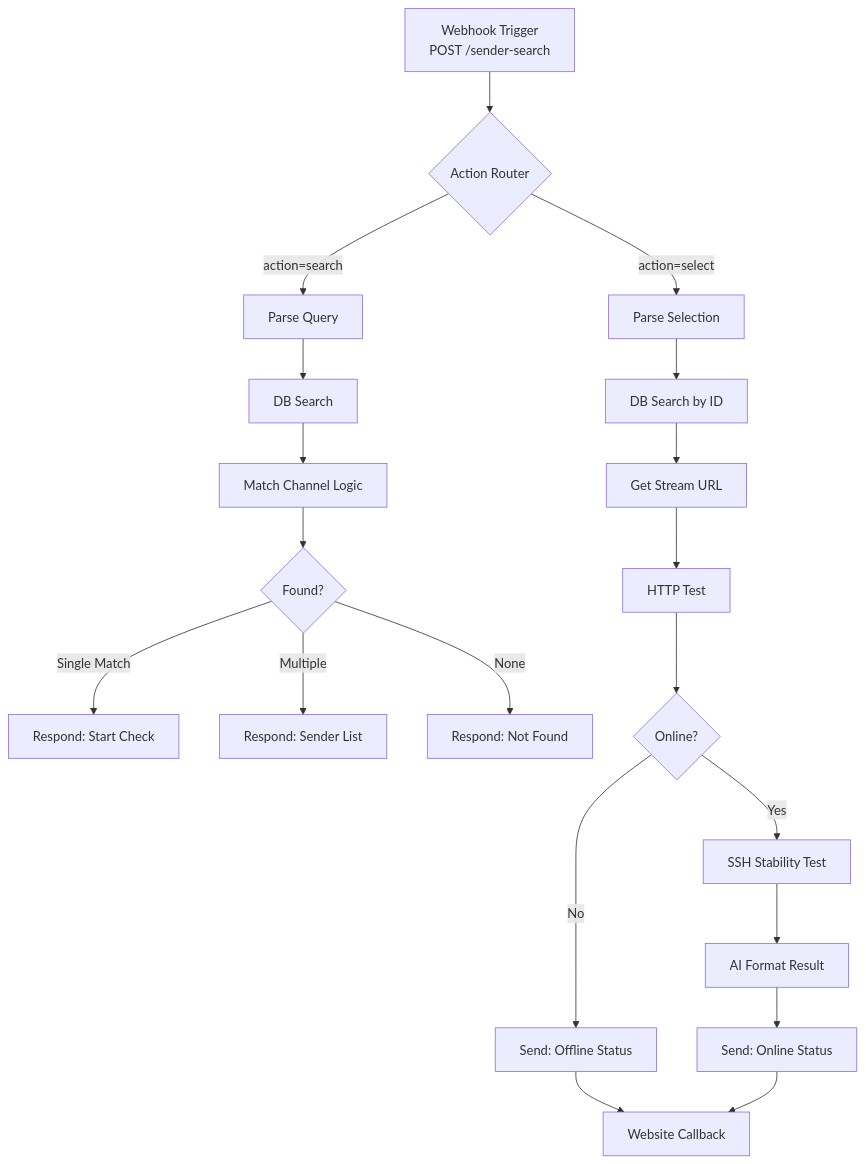
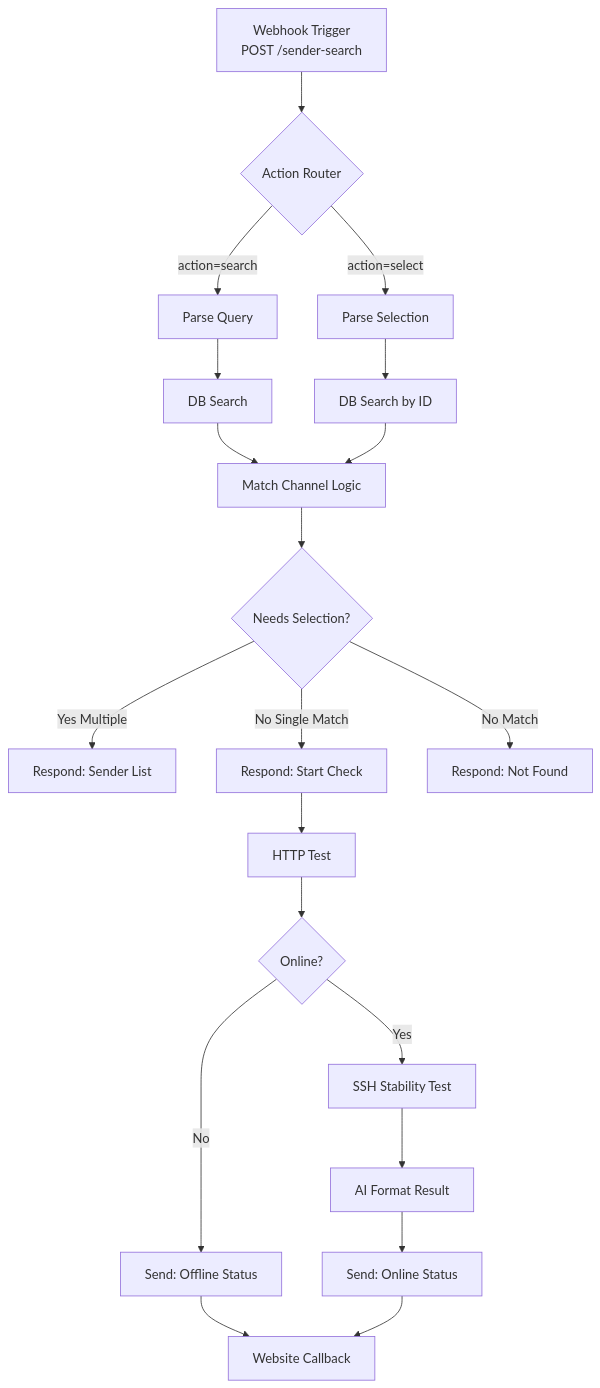
One commit to Serph91P/bot-website changed the diagram in N8N_WORKFLOW_MIGRATION.md. Above: the diagram before and after it, drawn with Mermaid.

Commit message:
Refactor workflow logic for improved response handling in n8n migration guide

````diff
--- a/N8N_WORKFLOW_MIGRATION.md
+++ b/N8N_WORKFLOW_MIGRATION.md
@@ -451,29 +451,29 @@
 ```mermaid
 graph TD
     A[Webhook Trigger<br/>POST /sender-search] --> B{Action Router}
     
     B -->|action=search| C[Parse Query]
     B -->|action=select| D[Parse Selection]
     
     C --> E[DB Search]
     D --> F[DB Search by ID]
     
     E --> G[Match Channel Logic]
-    F --> H[Get Stream URL]
+    F --> G
     
-    G --> I{Found?}
-    I -->|Single Match| J[Respond: Start Check]
-    I -->|Multiple| K[Respond: Sender List]
-    I -->|None| L[Respond: Not Found]
+    G --> I{Needs Selection?}
+    I -->|Yes Multiple| K[Respond: Sender List]
+    I -->|No Single Match| J[Respond: Start Check]
+    I -->|No Match| L[Respond: Not Found]
     
-    H --> M[HTTP Test]
+    J --> M[HTTP Test]
     M --> N{Online?}
     N -->|Yes| O[SSH Stability Test]
     N -->|No| P[Send: Offline Status]
     
     O --> Q[AI Format Result]
     Q --> R[Send: Online Status]
     
     P --> S[Website Callback]
     R --> S
 ```
````
